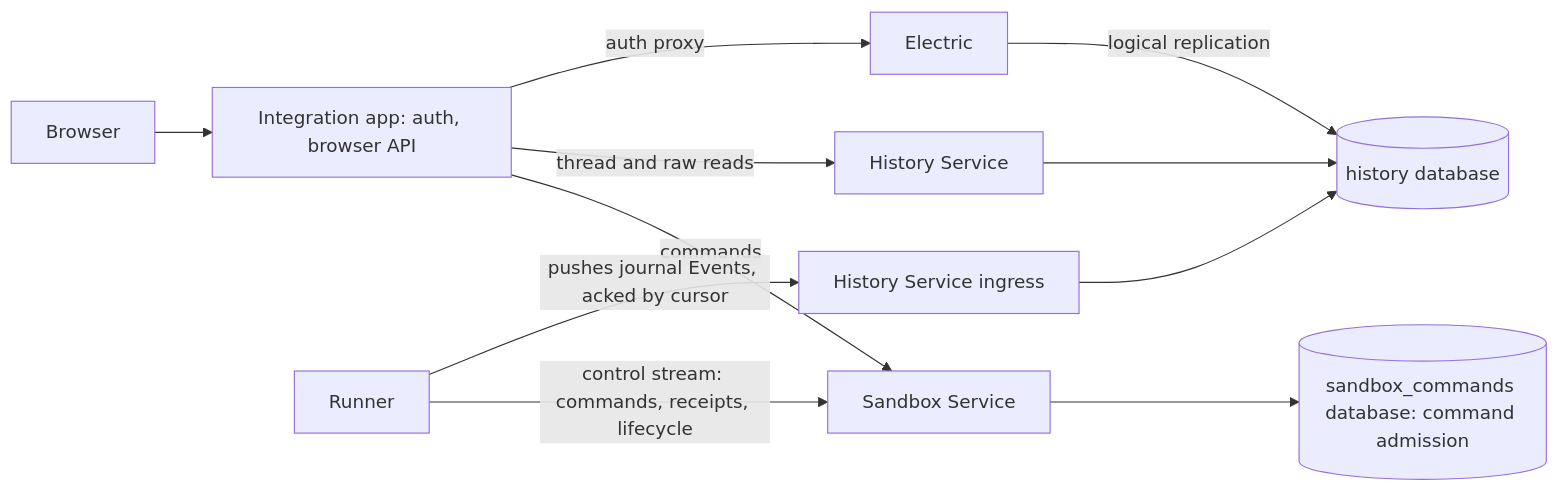
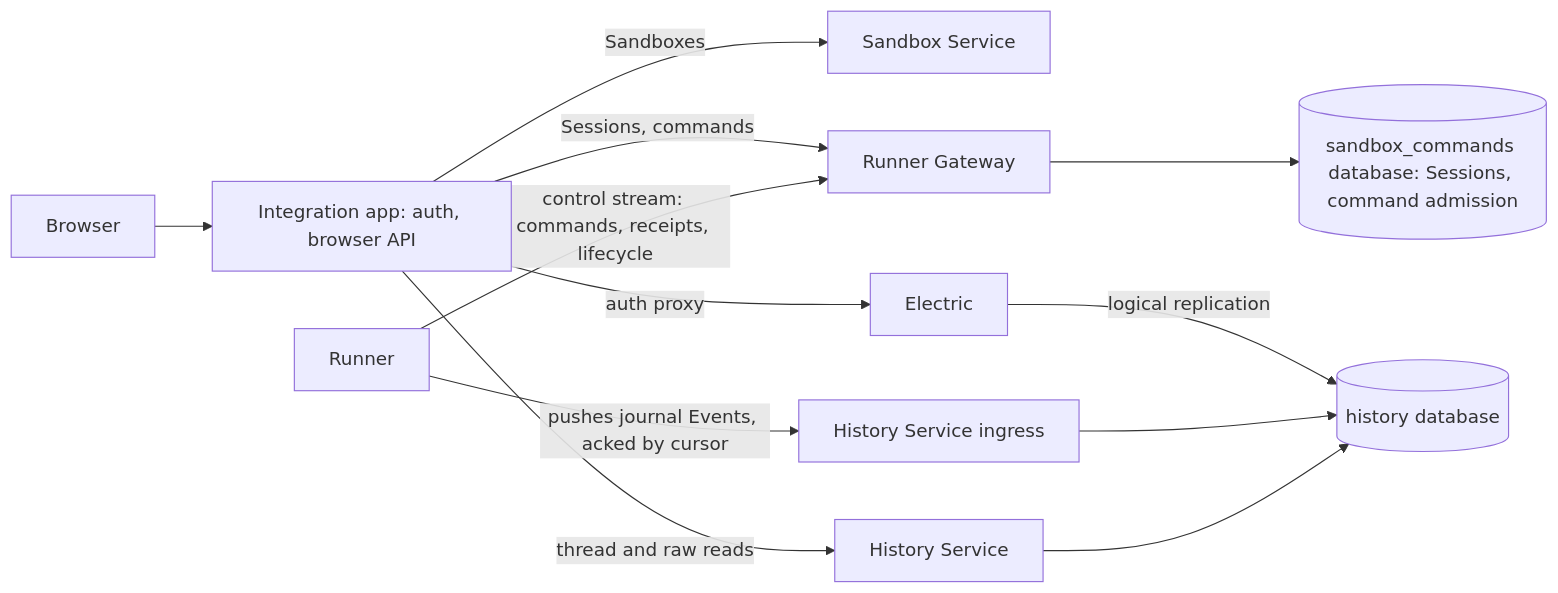
The diagram in agentplane/plans/history_service.md (agentydragon-agent/ducktape), drawn with Mermaid before and after one commit. The commit also changed other lines of this file and 9 other files, not shown here.

````diff
--- a/agentplane/plans/history_service.md
+++ b/agentplane/plans/history_service.md
@@ -14,13 +14,14 @@
 ```mermaid
 flowchart LR
     Browser --> App[Integration app: auth, browser API]
-    App -- commands --> SS[Sandbox Service]
+    App -- Sandboxes --> SS[Sandbox Service]
+    App -- Sessions, commands --> GW[Runner Gateway]
     App -- thread and raw reads --> HS[History Service]
     Electric -- logical replication --> HSDB[(history database)]
     App -- auth proxy --> Electric
-    Runner -- control stream: commands, receipts, lifecycle --> SS
+    Runner -- control stream: commands, receipts, lifecycle --> GW
     Runner -- pushes journal Events, acked by cursor --> HSI[History Service ingress]
     HSI --> HSDB
     HS --> HSDB
-    SS --> SSDB[(sandbox_commands database: command admission)]
+    GW --> GWDB[(sandbox_commands database: Sessions, command admission)]
 ```
````
